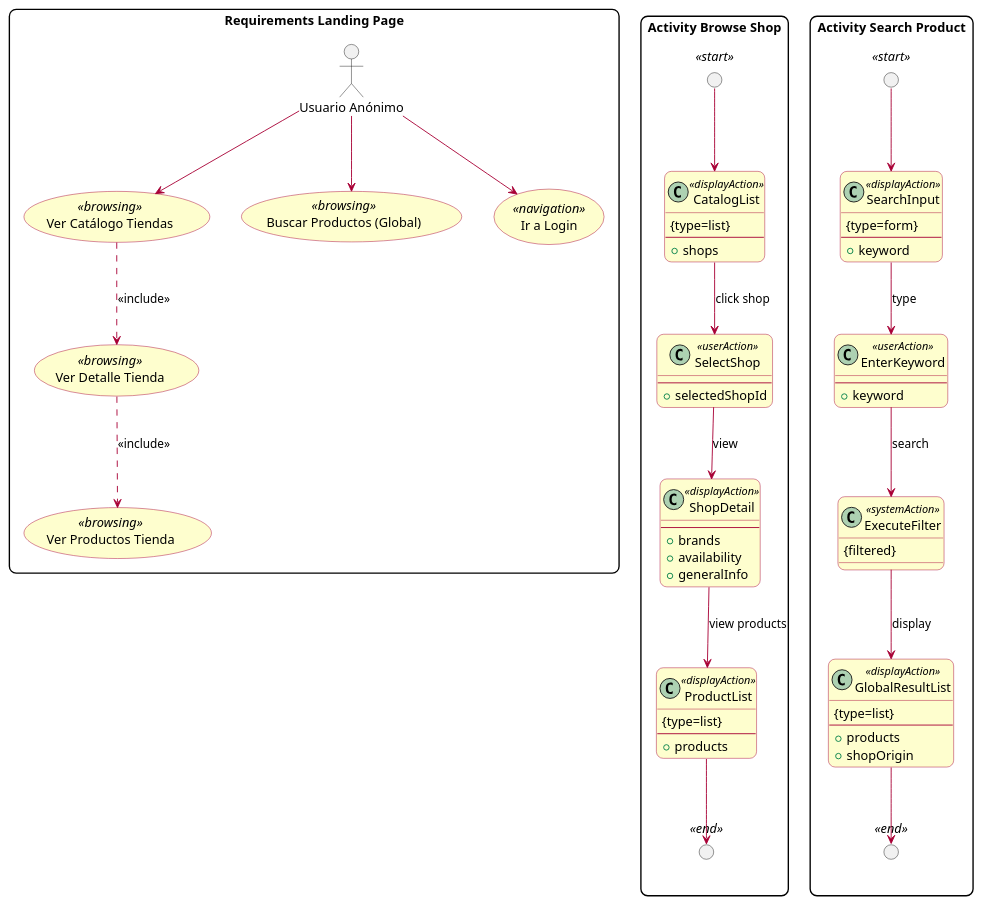
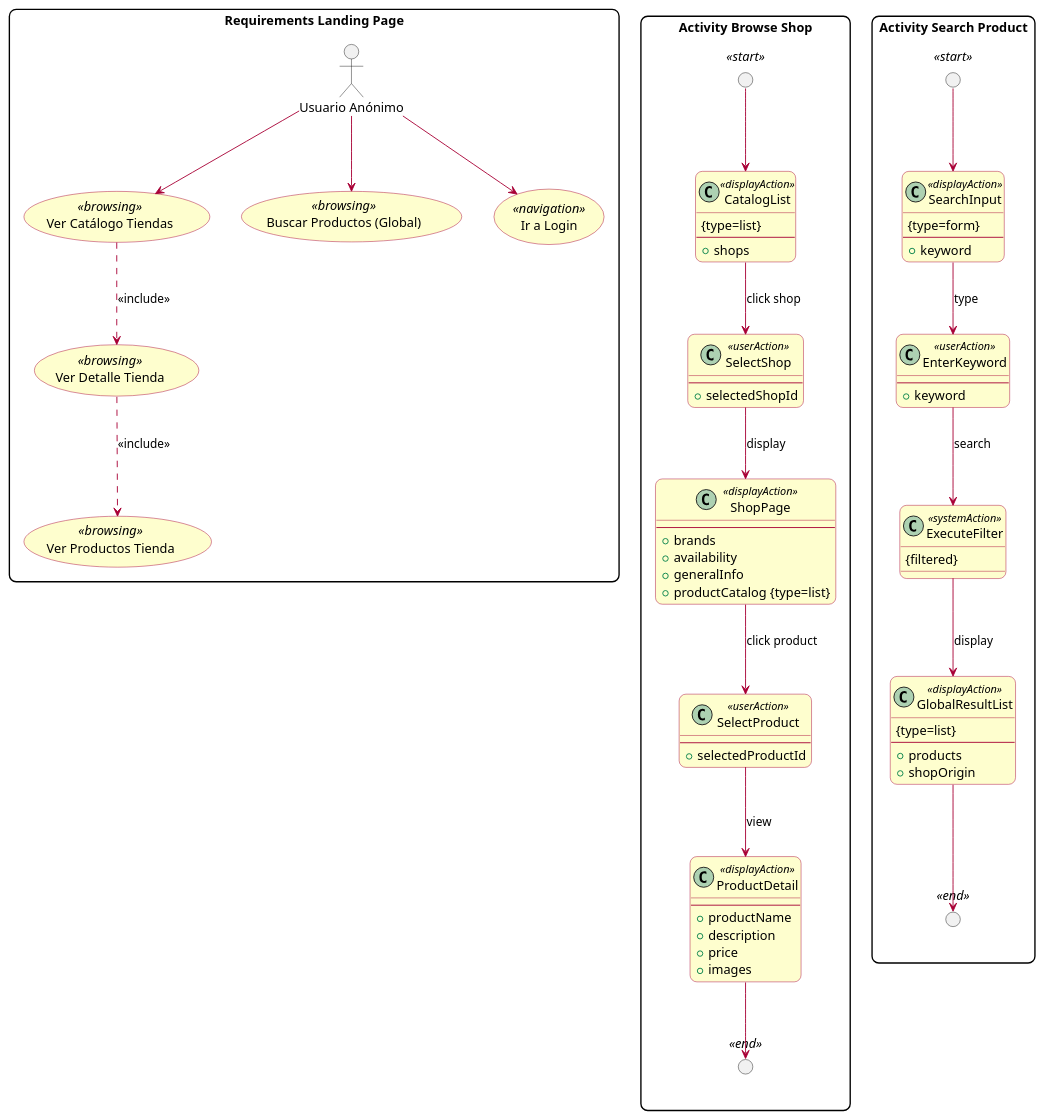
One commit to AinsleyJack/UWE-Tienda-Colectiva changed the diagram in Requirements Model/Landing Page/landingPage_requirements.puml. Above: the diagram before and after it, drawn with PlantUML.

Commit message:
Feat: mejora al modelo de requerimiento 1.1

```diff
--- a/Requirements Model/Landing Page/landingPage_requirements.puml
+++ b/Requirements Model/Landing Page/landingPage_requirements.puml
@@ -1,103 +1,112 @@
 @startuml landingPage_requirements
 allow_mixing
 
 skinparam shadow false
 skinparam packageStyle rectangle
 skinparam roundCorner 15
 skinparam class {
   BackgroundColor #FEFECE
   BorderColor #A80036
   ArrowColor #A80036
 }
 skinparam usecase {
   BackgroundColor #FEFECE
   BorderColor #A80036
   ArrowColor #A80036
 }
 
 package "Requirements Landing Page" {
   actor "Usuario Anónimo" as AnonUser
   
   usecase "Ver Catálogo Tiendas" as ViewCatalog <<browsing>>
   usecase "Ver Detalle Tienda" as ViewShop <<browsing>>
   usecase "Ver Productos Tienda" as ViewShopProducts <<browsing>>
   usecase "Buscar Productos (Global)" as SearchGlobal <<browsing>>
   usecase "Ir a Login" as GoLogin <<navigation>>
 }
 
 AnonUser --> ViewCatalog
 AnonUser --> SearchGlobal
 AnonUser --> GoLogin
 
 ViewCatalog ..> ViewShop : <<include>>
 ViewShop ..> ViewShopProducts : <<include>>
 
 package "Activity Browse Shop" {
   circle " " as BS_Start <<start>>
   circle " " as BS_End <<end>>
   skinparam circleBackgroundColor black
 
   class "CatalogList" as BS_List <<displayAction>> {
     {type=list}
     --
     + shops
   }
   
   class "SelectShop" as BS_Select <<userAction>> {
     --
     + selectedShopId
   }
   
-  class "ShopDetail" as BS_Detail <<displayAction>> {
+  class "ShopPage" as BS_Page <<displayAction>> {
     --
     + brands
     + availability
     + generalInfo
+    + productCatalog {type=list}
   }
   
-  class "ProductList" as BS_Prods <<displayAction>> {
-    {type=list}
+  class "SelectProduct" as BS_SelectProd <<userAction>> {
     --
-    + products
+    + selectedProductId
+  }
+  
+  class "ProductDetail" as BS_ProdDetail <<displayAction>> {
+    --
+    + productName
+    + description
+    + price
+    + images
   }
 
   BS_Start --> BS_List
   BS_List --> BS_Select : click shop
-  BS_Select --> BS_Detail : view
-  BS_Detail --> BS_Prods : view products
-  BS_Prods --> BS_End
+  BS_Select --> BS_Page : display
+  BS_Page --> BS_SelectProd : click product
+  BS_SelectProd --> BS_ProdDetail : view
+  BS_ProdDetail --> BS_End
 }
 
 package "Activity Search Product" {
   circle " " as SP_Start <<start>>
   circle " " as SP_End <<end>>
 
   class "SearchInput" as SP_Form <<displayAction>> {
     {type=form}
     --
     + keyword
   }
   
   class "EnterKeyword" as SP_Input <<userAction>> {
     --
     + keyword
   }
   
   class "ExecuteFilter" as SP_Filter <<systemAction>> {
     {filtered}
   }
   
   class "GlobalResultList" as SP_Results <<displayAction>> {
     {type=list}
     --
     + products
     + shopOrigin
   }
   
   SP_Start --> SP_Form
   SP_Form --> SP_Input : type
   SP_Input --> SP_Filter : search
   SP_Filter --> SP_Results : display
   SP_Results --> SP_End
 }
 @enduml
```
